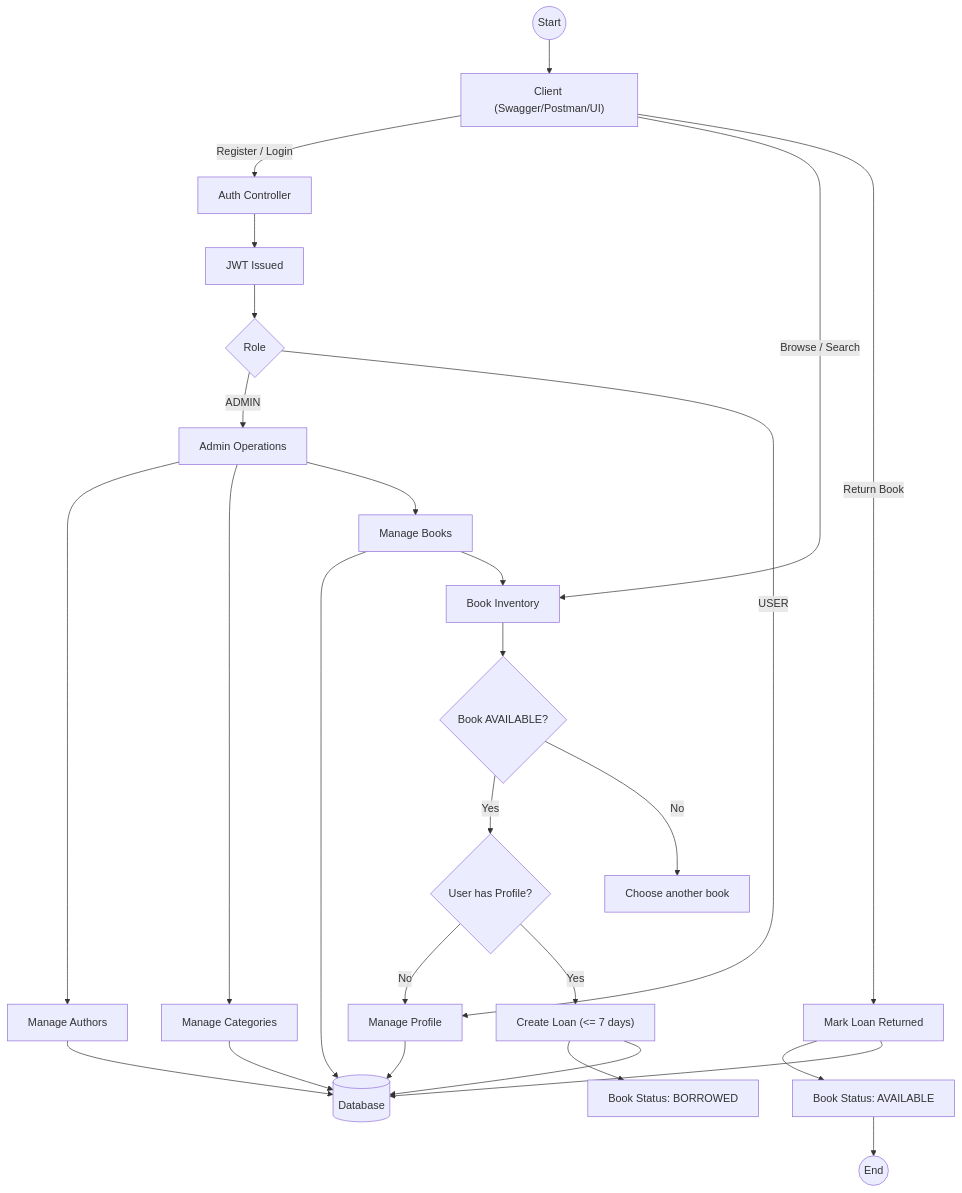
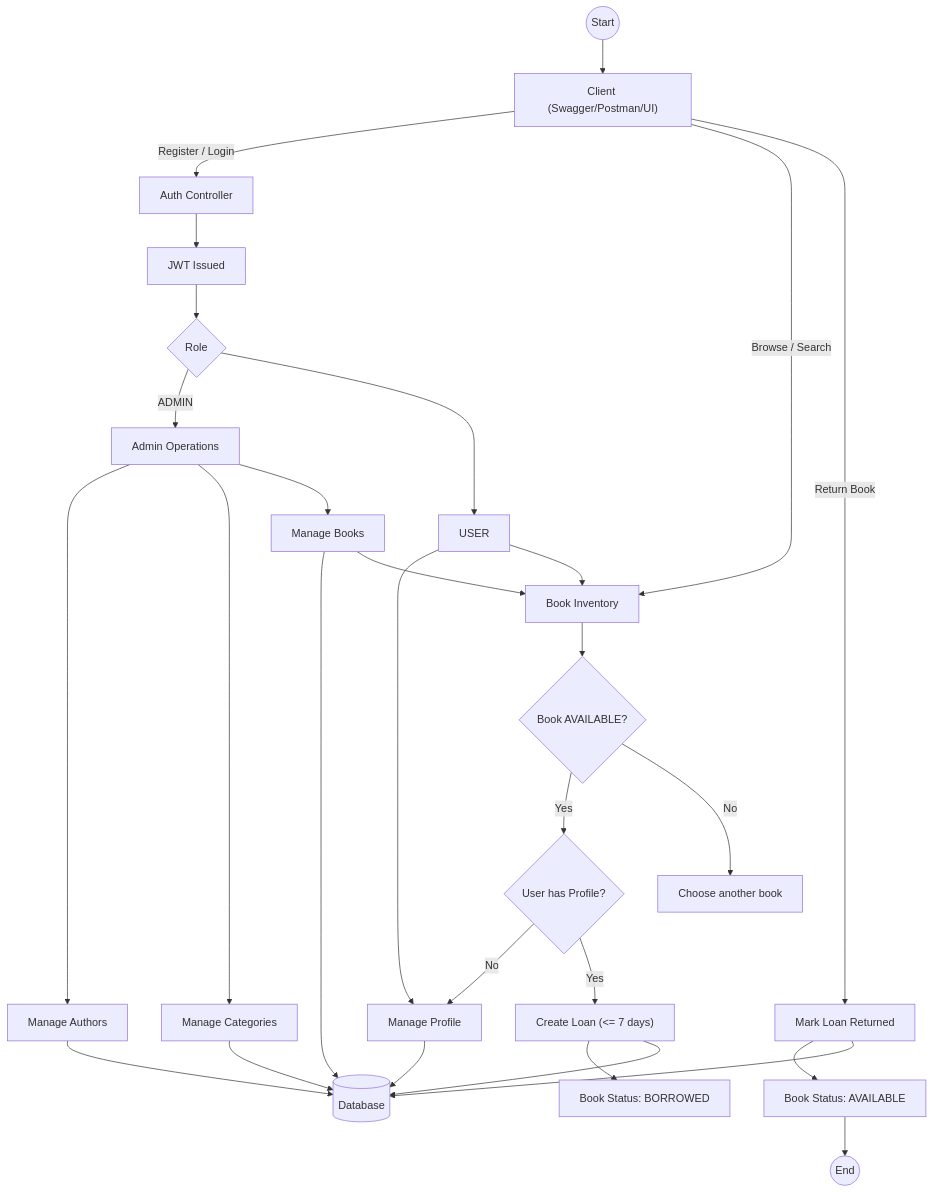
One commit to rama4zis/arisu-library-management changed the diagram in README.md. Above: the diagram before and after it, drawn with Mermaid.

Commit message:
fix: Update flowchart to correctly represent user management and book inventory access in README

````diff
--- a/README.md
+++ b/README.md
@@ -6,35 +6,37 @@
 ```mermaid
 flowchart TD
 	A((Start)) --> B["Client (Swagger/Postman/UI)"]
 	B -->|Register / Login| C["Auth Controller"]
 	C --> D["JWT Issued"]
 	D --> E{Role}
 
 	E -->|ADMIN| F["Admin Operations"]
 	F --> F1["Manage Authors"]
 	F --> F2["Manage Categories"]
 	F --> F3["Manage Books"]
 	F1 --> Z[(Database)]
 	F2 --> Z
 	F3 --> Z
 
-	E -->|USER| G["Manage Profile"]
-	G --> Z
+	E --> US["USER"]
+
+	US --> G["Manage Profile"] --> Z
+	US --> H["Book Inventory"]
 
 	B -->|Browse / Search| H["Book Inventory"]
 	F3 --> H
 	H --> I{Book AVAILABLE?}
 
 	I -- Yes --> J{User has Profile?}
 	J -- No --> G
 	J -- Yes --> K["Create Loan (<= 7 days)"]
 	K --> L["Book Status: BORROWED"]
 	K --> Z
 	I -- No --> M["Choose another book"]
 
 	B -->|Return Book| N["Mark Loan Returned"]
 	N --> O["Book Status: AVAILABLE"]
 	N --> Z
 
 	O --> P((End))
 ```
````
